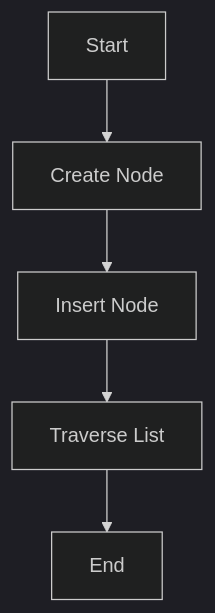
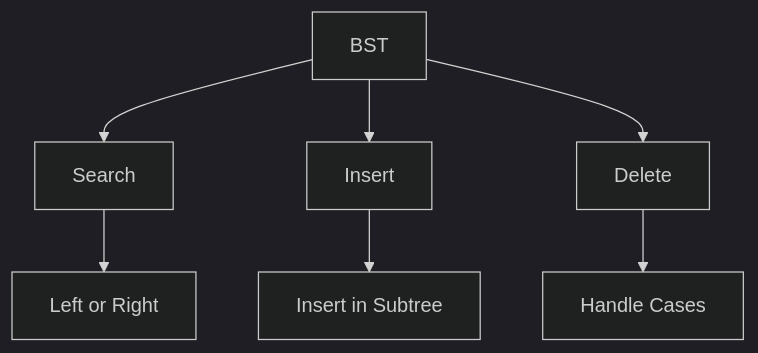
The seventh of 11 diagrams in README.md (SHYAM-001/DataStructures), drawn with Mermaid (dark theme) before and after one commit. The commit also changed other lines of this file, not shown here.

````diff
--- a/README.md
+++ b/README.md
@@ -236,7 +447,9 @@
 ```mermaid
-graph TD;
-    A[Start] --> B[Create Node]
-    B --> C[Insert Node]
-    C --> D[Traverse List]
-    D --> E[End]
+graph TD
+    A[BST] --> B[Search]
+    A --> C[Insert]
+    A --> D[Delete]
+    B --> E[Left or Right]
+    C --> F[Insert in Subtree]
+    D --> G[Handle Cases]
 ```
````
